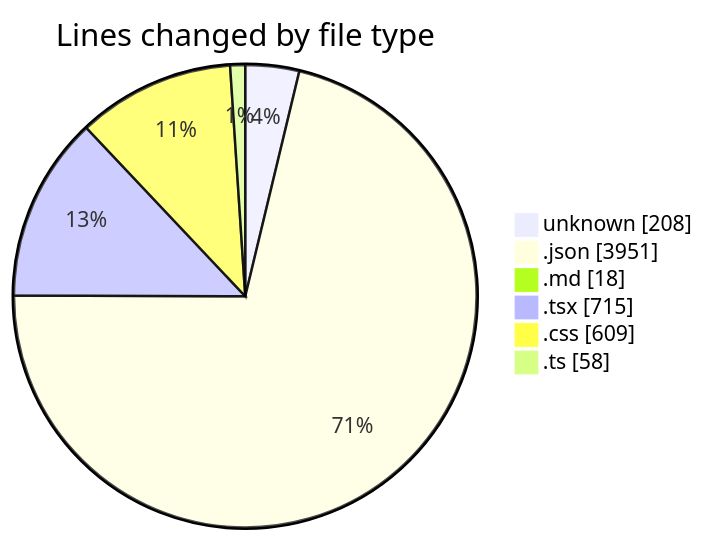
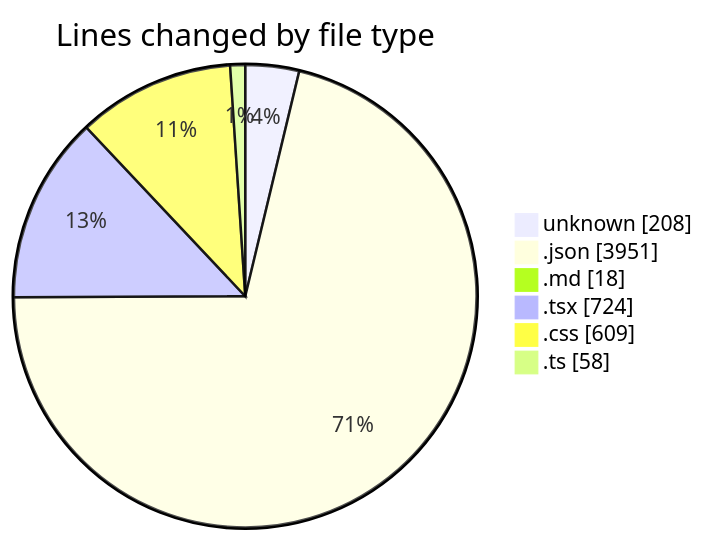
One commit to EIIisD/code-tracking changed the first of 2 diagrams in 2025-08-07/ribbon/README.md. Above: the diagram before and after it, drawn with Mermaid. The commit also changed other lines of this file and 1 other file, not shown here.

````diff
--- a/2025-08-07/ribbon/README.md
+++ b/2025-08-07/ribbon/README.md
@@ -35,10 +35,10 @@
 ```mermaid
 pie showData
 title Lines changed by file type
 "unknown" : 208
 ".json" : 3951
 ".md" : 18
-".tsx" : 715
+".tsx" : 724
 ".css" : 609
 ".ts" : 58
 ```
````
